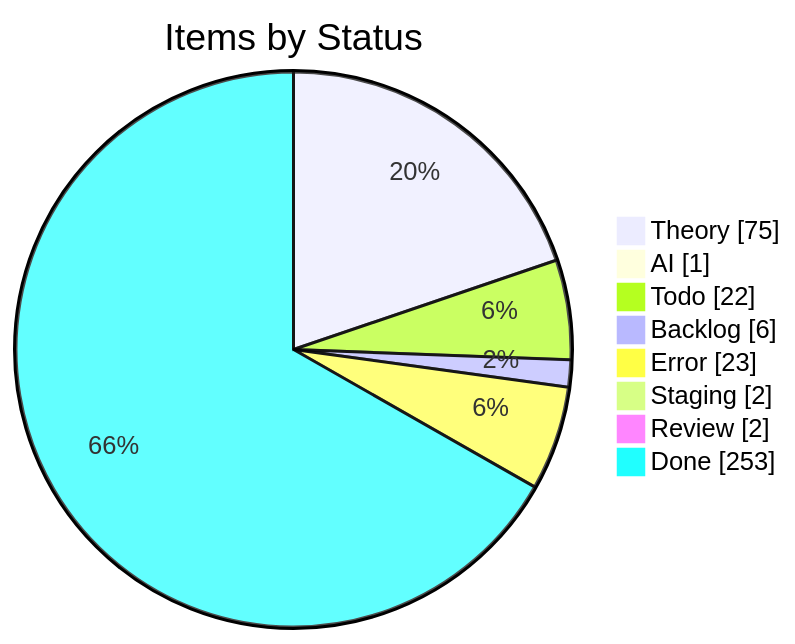
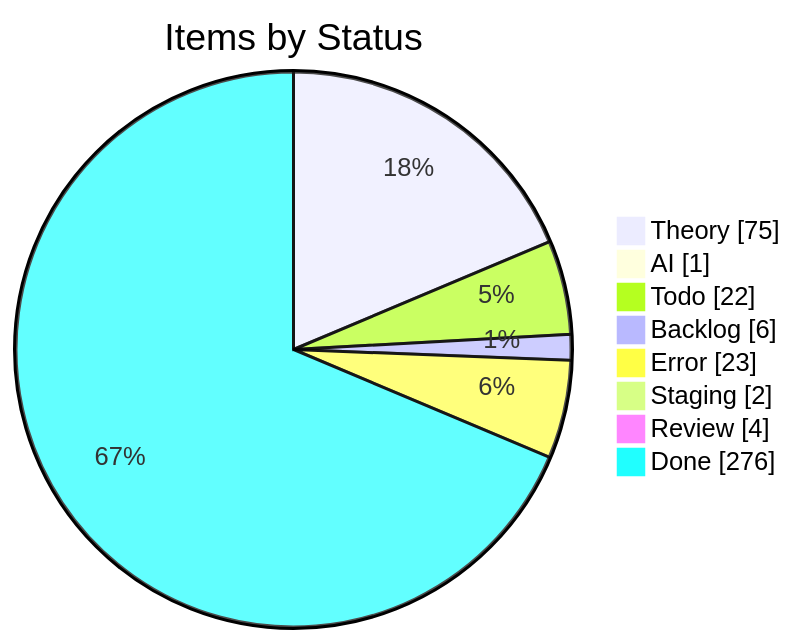
One commit to KBVE/kbve changed the first of 4 diagrams in apps/kbve/astro-kbve/src/content/docs/dashboard/kanban-data.mdx. Above: the diagram before and after it, drawn with Mermaid. The commit also changed other lines of this file and 2 other files, not shown here.

````diff
--- a/apps/kbve/astro-kbve/src/content/docs/dashboard/kanban-data.mdx
+++ b/apps/kbve/astro-kbve/src/content/docs/dashboard/kanban-data.mdx
@@ -189,12 +189,12 @@
 ```mermaid
 pie showData
     title Items by Status
     "Theory" : 75
     "AI" : 1
     "Todo" : 22
     "Backlog" : 6
     "Error" : 23
     "Staging" : 2
-    "Review" : 2
-    "Done" : 253
+    "Review" : 4
+    "Done" : 276
 ```
````
